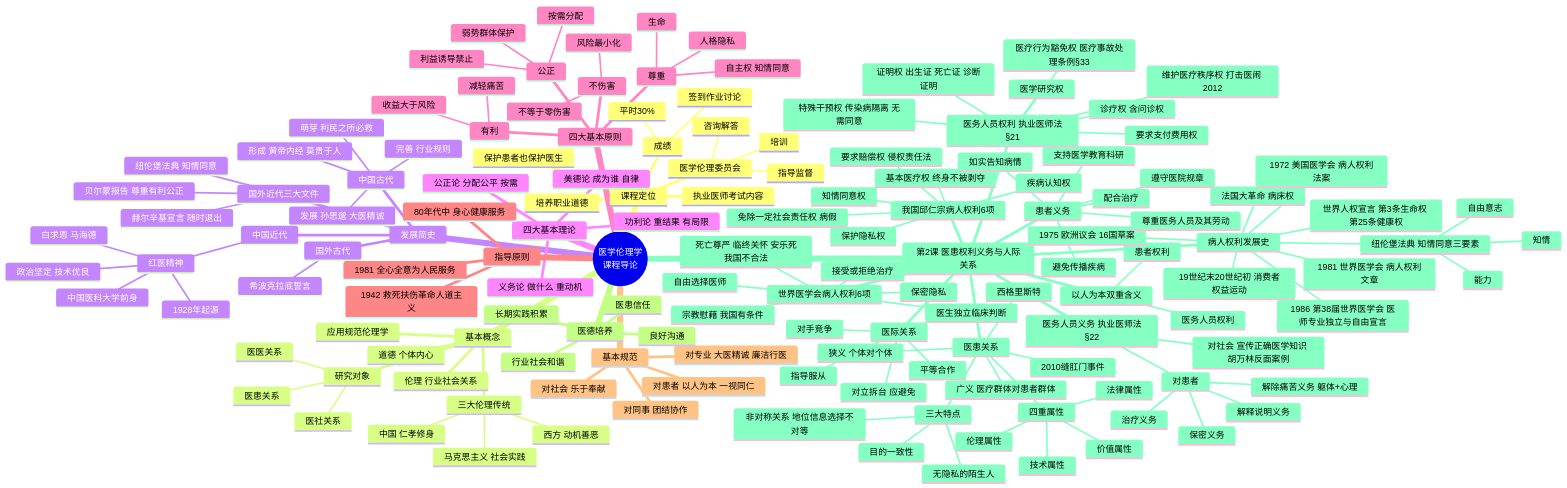
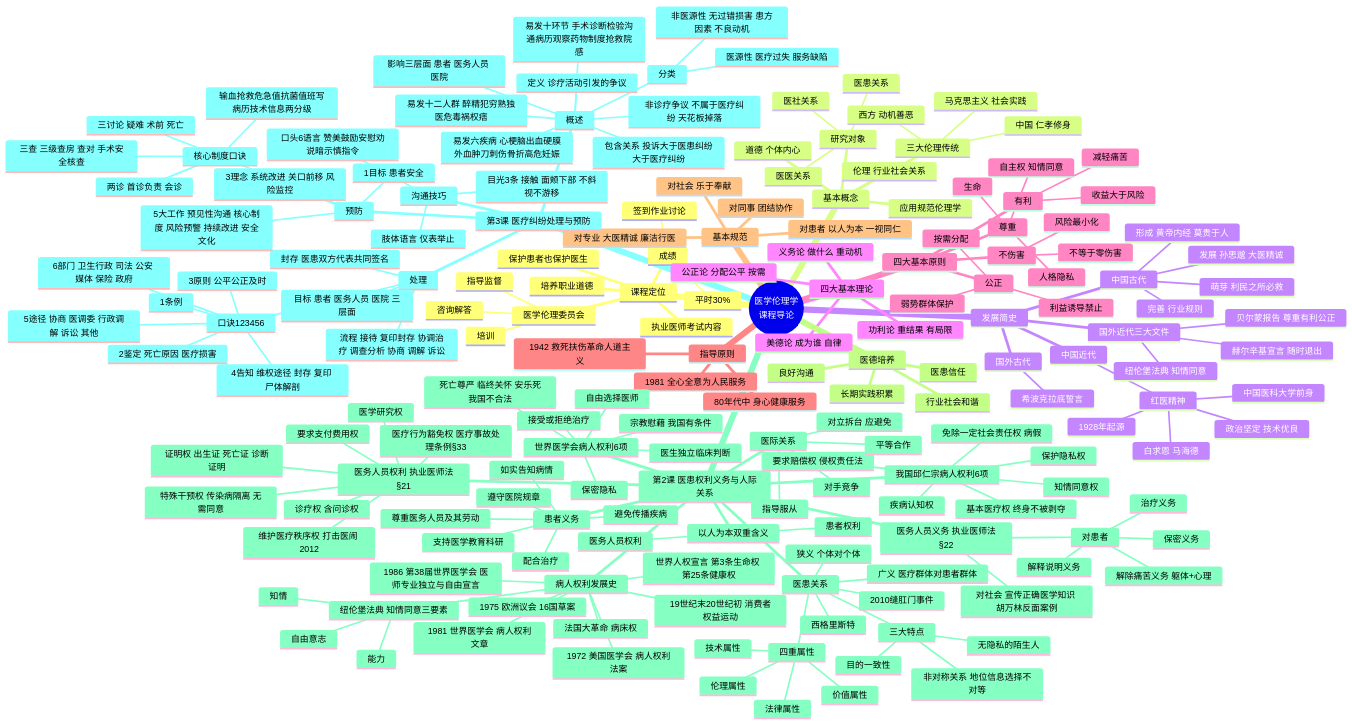
One commit to braisvg/public-notes changed the diagram in 07_医学伦理学/知识框架与思维导图.md. Above: the diagram before and after it, drawn with Mermaid. The commit also changed other lines of this file and 167 other files, not shown here.

Commit message:
同步：新增9/14生理第4课+毛概第2课+伦理第3课、9/15生化第3课+统计第3课，统计第2课照片语义化更新，同步各科总览/思维导图/README/AGENTS/术语表

````diff
--- a/07_医学伦理学/知识框架与思维导图.md
+++ b/07_医学伦理学/知识框架与思维导图.md
@@ -151,4 +151,40 @@
         指导服从
         对手竞争
         对立拆台 应避免
+    第3课 医疗纠纷处理与预防
+      概述
+        定义 诊疗活动引发的争议
+        非诊疗争议 不属于医疗纠纷 天花板掉落
+        包含关系 投诉大于医患纠纷大于医疗纠纷
+        影响三层面 患者 医务人员 医院
+        分类
+          医源性 医疗过失 服务缺陷
+          非医源性 无过错损害 患方因素 不良动机
+        易发十环节 手术诊断检验沟通病历观察药物制度抢救院感
+        易发六疾病 心梗脑出血硬膜外血肿刀刺伤骨折高危妊娠
+        易发十二人群 醉精犯穷熟独医危毒祸权痞
+      处理
+        目标 患者 医务人员 医院 三层面
+        流程 接待 复印封存 协调治疗 调查分析 协商 调解 诉讼
+        封存 医患双方代表共同签名
+        口诀123456
+          1条例
+          2鉴定 死亡原因 医疗损害
+          3原则 公平公正及时
+          4告知 维权途径 封存 复印 尸体解剖
+          5途径 协商 医调委 行政调解 诉讼 其他
+          6部门 卫生行政 司法 公安 媒体 保险 政府
+      预防
+        1目标 患者安全
+        3理念 系统改进 关口前移 风险监控
+        5大工作 预见性沟通 核心制度 风险预警 持续改进 安全文化
+        核心制度口诀
+          两诊 首诊负责 会诊
+          三查 三级查房 查对 手术安全核查
+          三讨论 疑难 术前 死亡
+          输血抢救危急值抗菌值班写病历技术信息两分级
+      沟通技巧
+        口头6语言 赞美鼓励安慰劝说暗示慎指令
+        肢体语言 仪表举止
+        目光3条 接触 面颊下部 不斜视不游移
 ```
````
